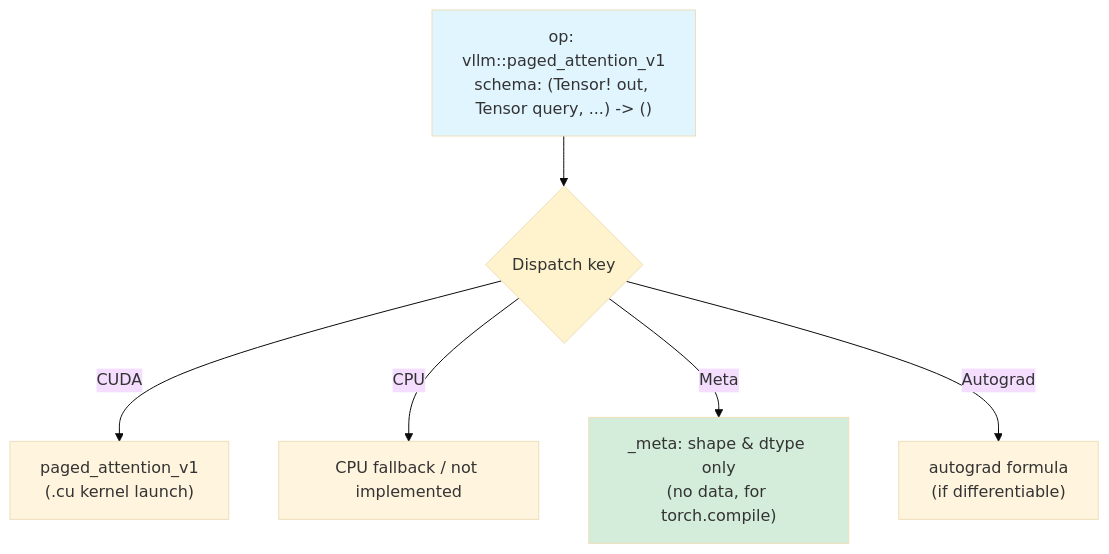
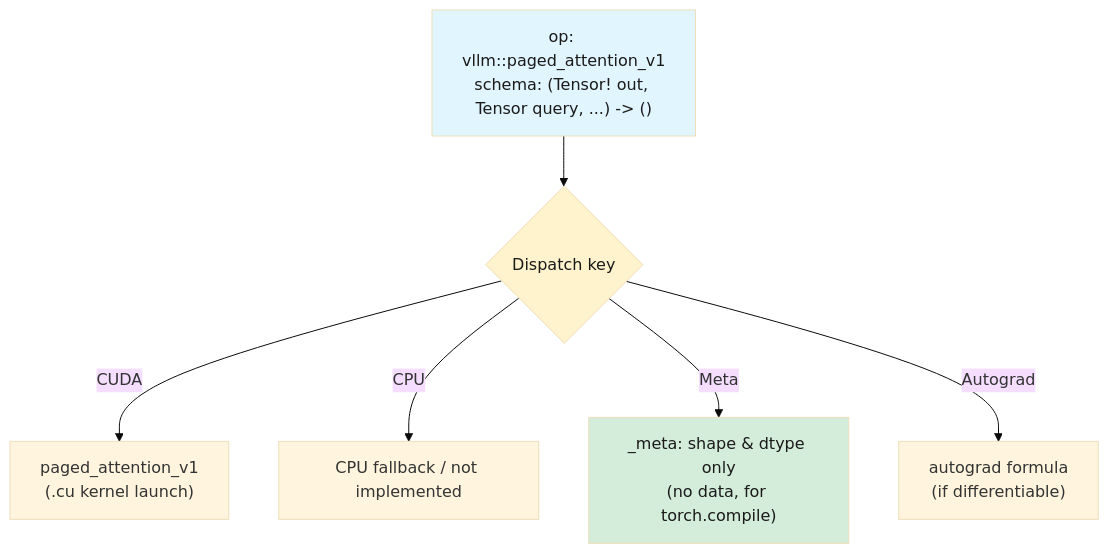
Before and after one commit to hiraditya/hiraditya.github.io: the second of 4 diagrams in _posts/2026-06-22-vllm-custom-kernels-and-abi.md, drawn with Mermaid (base theme). The commit also changed other lines of this file and 2 other files, not shown here.

First line of the commit message:
Fix mermaid node contrast on dark theme

````diff
--- a/_posts/2026-06-22-vllm-custom-kernels-and-abi.md
+++ b/_posts/2026-06-22-vllm-custom-kernels-and-abi.md
@@ -53,13 +53,13 @@
 ```mermaid
 graph TD
     OP["op: vllm::paged_attention_v1<br/>schema: (Tensor! out, Tensor query, ...) -> ()"]
     OP --> K{Dispatch key}
     K -->|CUDA| CUDA["paged_attention_v1<br/>(.cu kernel launch)"]
     K -->|CPU| CPU["CPU fallback / not implemented"]
     K -->|Meta| META["_meta: shape & dtype only<br/>(no data, for torch.compile)"]
     K -->|Autograd| AG["autograd formula<br/>(if differentiable)"]
 
-    style OP fill:#e1f5ff
-    style K fill:#fff3cd
-    style META fill:#d4edda
+    style OP fill:#e1f5ff,color:#1a1a1a
+    style K fill:#fff3cd,color:#1a1a1a
+    style META fill:#d4edda,color:#1a1a1a
 ```
````
